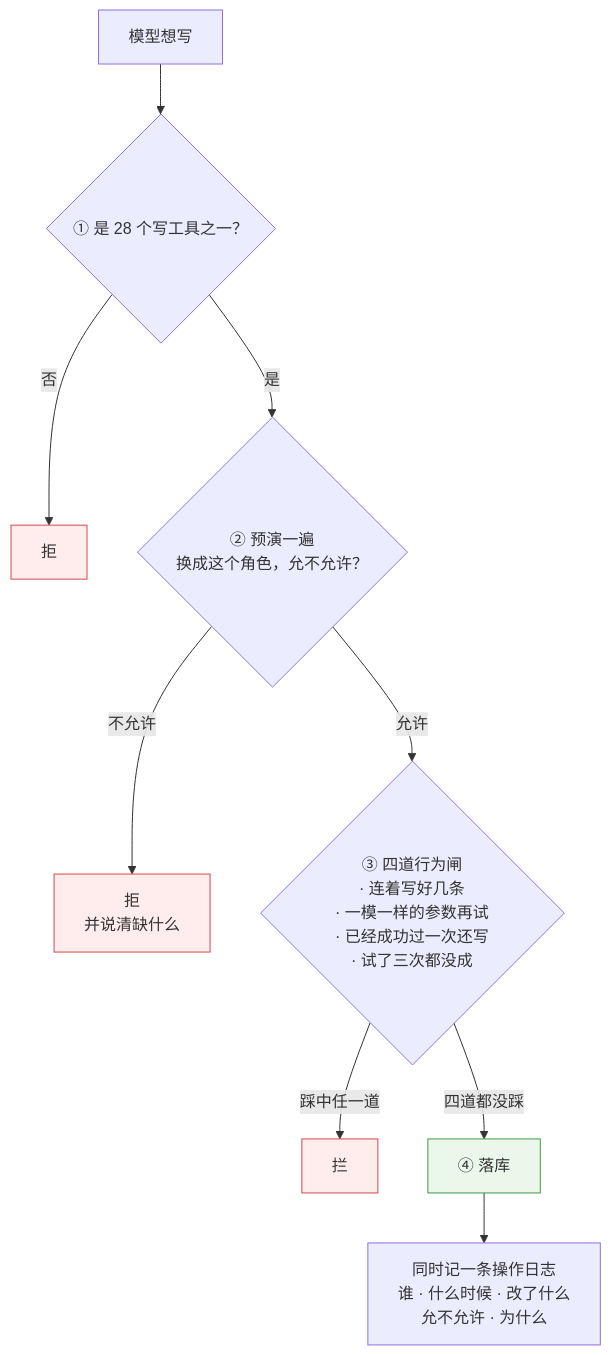
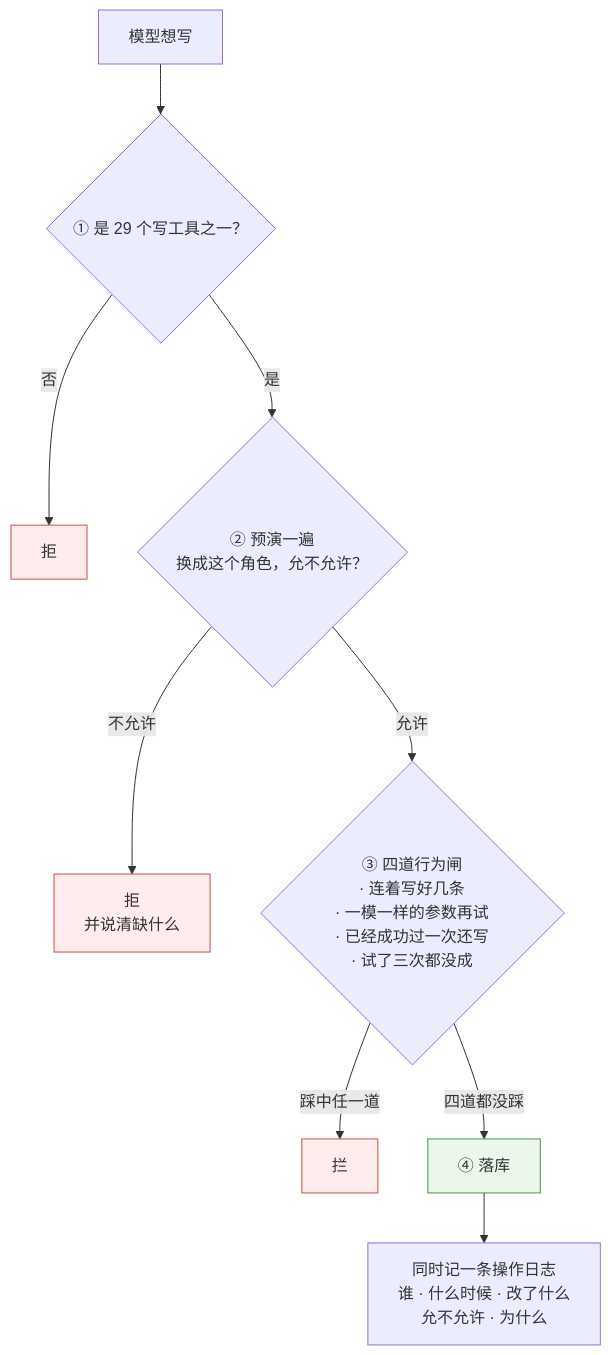
One commit to 843773296-rgb/lanxiu-yunshang-agent changed the second of 3 diagrams in 澜绣云裳agent-产品说明.md. Above: the diagram before and after it, drawn with Mermaid. The commit also changed other lines of this file and 18 other files, not shown here.

````diff
--- a/澜绣云裳agent-产品说明.md
+++ b/澜绣云裳agent-产品说明.md
@@ -307,16 +308,16 @@
 ```mermaid
 flowchart TD
-    A["模型想写"] --> B{"① 是 28 个写工具之一？"}
+    A["模型想写"] --> B{"① 是 29 个写工具之一？"}
     B -- 否 --> X1["拒"]
     B -- 是 --> C{"② 预演一遍<br/>换成这个角色，允不允许？"}
     C -- 不允许 --> X2["拒<br/>并说清缺什么"]
     C -- 允许 --> D{"③ 四道行为闸<br/>· 连着写好几条<br/>· 一模一样的参数再试<br/>· 已经成功过一次还写<br/>· 试了三次都没成"}
     D -- "踩中任一道" --> X3["拦"]
     D -- "四道都没踩" --> E["④ 落库"]
     E --> F["同时记一条操作日志<br/>谁 · 什么时候 · 改了什么<br/>允不允许 · 为什么"]
 
     style X1 fill:#ffecec,stroke:#d24a4a
     style X2 fill:#ffecec,stroke:#d24a4a
     style X3 fill:#ffecec,stroke:#d24a4a
     style E fill:#eaf7ea,stroke:#3f9c42
 ```
````
